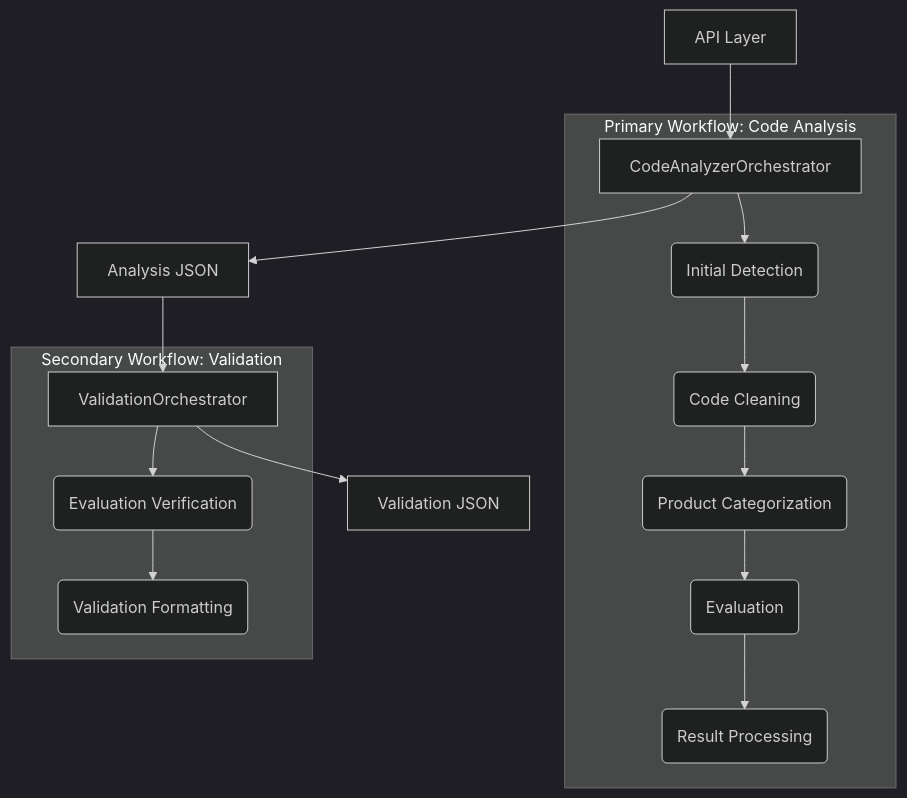
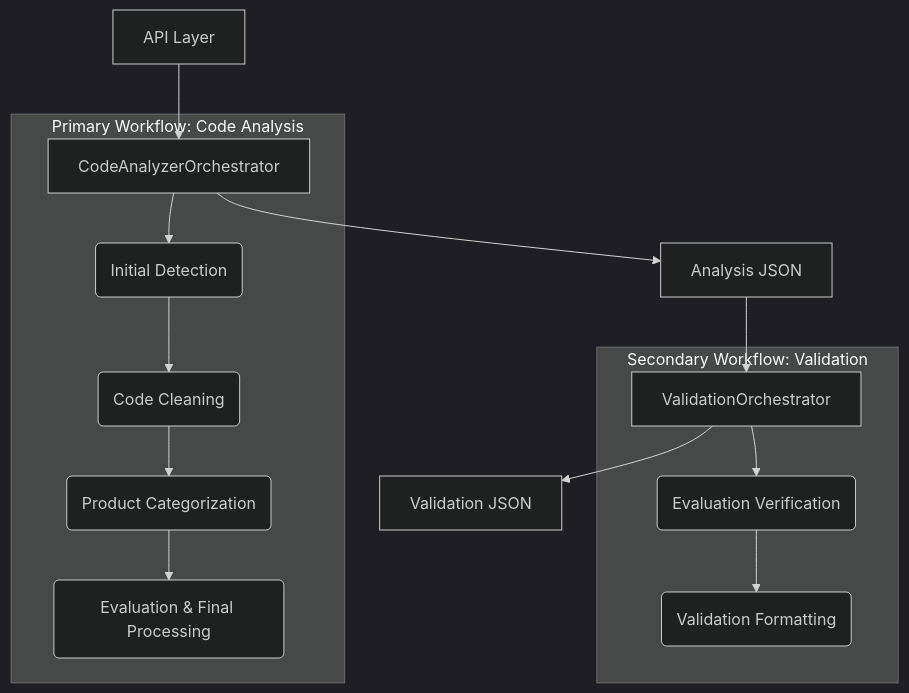
The first of 2 diagrams in docs/TECHNICAL_DESIGN.md (joeshirey/HealthScoringAgent), drawn with Mermaid (dark theme) before and after one commit. The commit also changed other lines of this file and 7 other files, not shown here.

First line of the commit message:
feat: Refactor orchestrator to use ADK 1.11 output_schema

````diff
--- a/docs/TECHNICAL_DESIGN.md
+++ b/docs/TECHNICAL_DESIGN.md
@@ -33,20 +33,19 @@
 ```mermaid
 graph TD
     subgraph "Primary Workflow: Code Analysis"
         A[CodeAnalyzerOrchestrator] --> B(Initial Detection);
         B --> C(Code Cleaning);
         C --> D(Product Categorization);
-        D --> E(Evaluation);
-        E --> F(Result Processing);
+        D --> E(Evaluation & Final Processing);
     end
 
     subgraph "Secondary Workflow: Validation"
         G[ValidationOrchestrator] --> H(Evaluation Verification);
         H --> I(Validation Formatting);
     end
 
     API[API Layer] --> A;
     A --> API_Response_1[Analysis JSON];
     API_Response_1 --> G;
     G --> API_Response_2[Validation JSON];
 ```
````
